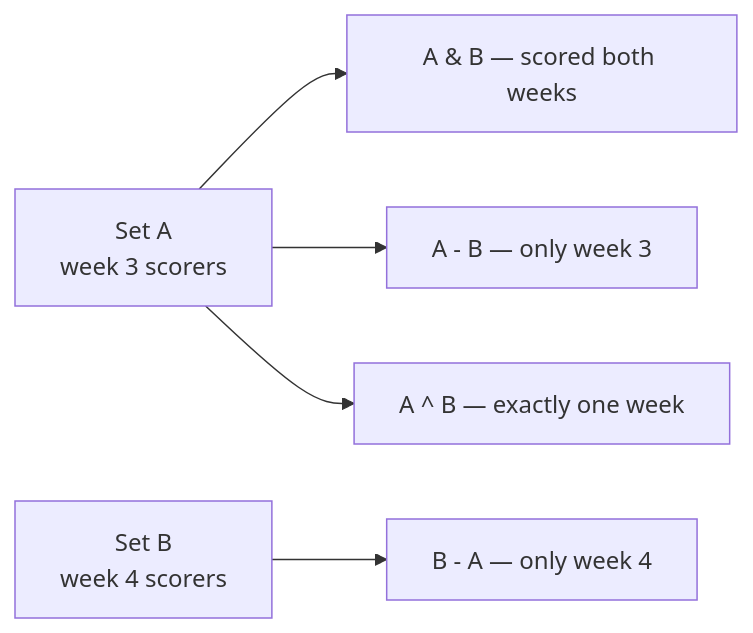
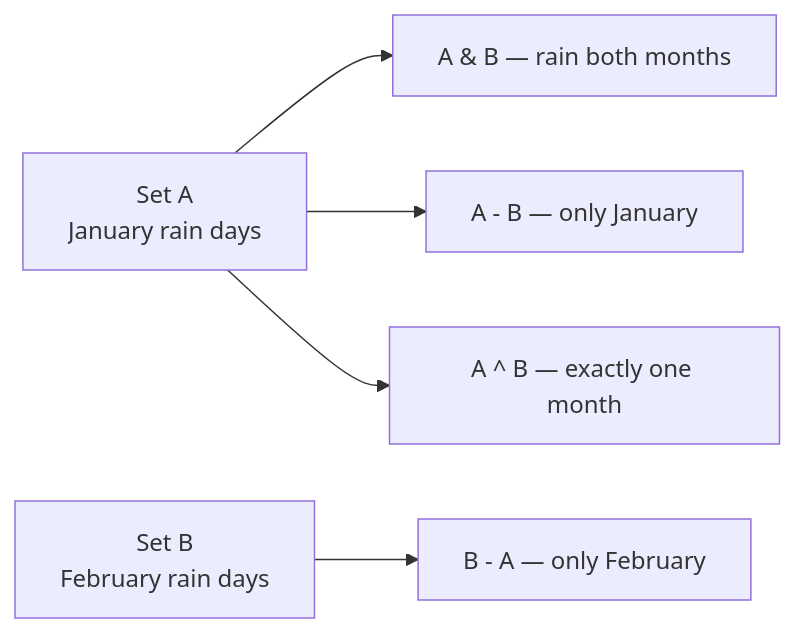
One commit to qgjones9/python-programming-guide changed the third of 4 diagrams in docs/dsa/data-structures/sets/index.md. Above: the diagram before and after it, drawn with Mermaid. The commit also changed other lines of this file and 29 other files, not shown here.

````diff
--- a/docs/dsa/data-structures/sets/index.md
+++ b/docs/dsa/data-structures/sets/index.md
@@ -220,9 +216,9 @@
 ```mermaid
 flowchart LR
-  A["Set A<br/>week 3 scorers"]
-  B["Set B<br/>week 4 scorers"]
-  A --> I["A & B — scored both weeks"]
-  A --> D["A - B — only week 3"]
-  B --> D2["B - A — only week 4"]
-  A --> X["A ^ B — exactly one week"]
+  A["Set A<br/>January rain days"]
+  B["Set B<br/>February rain days"]
+  A --> I["A & B — rain both months"]
+  A --> D["A - B — only January"]
+  B --> D2["B - A — only February"]
+  A --> X["A ^ B — exactly one month"]
 ```
````
